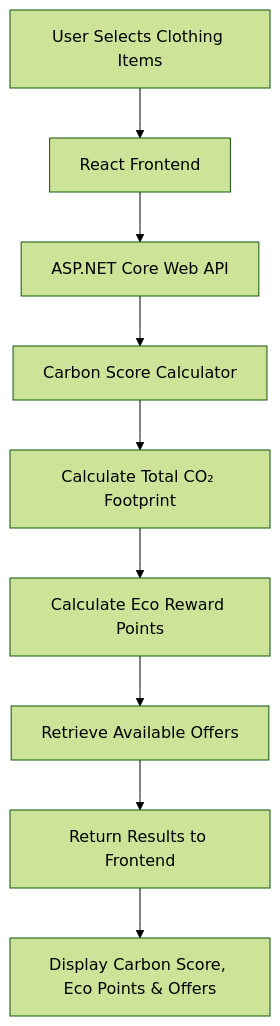
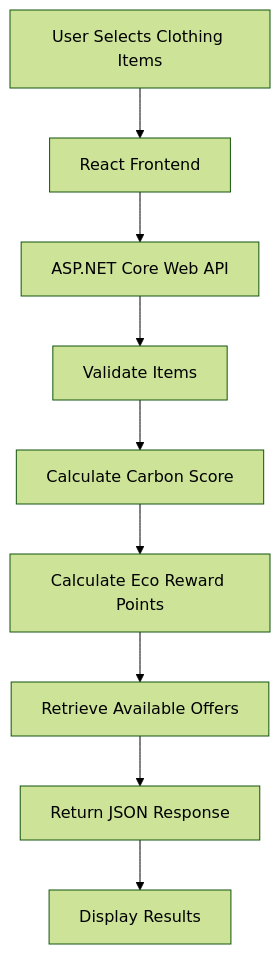
The diagram in README.md (vybhavk-cmyk/EcoScanAPI), drawn with Mermaid (forest theme) before and after one commit. The commit also changed other lines of this file, not shown here.

````diff
--- a/README.md
+++ b/README.md
@@ -36,18 +247,21 @@
 ```mermaid
 flowchart TD
-    A[User Selects Clothing Items] --> B[React Frontend]
+    A[User Selects Clothing Items]
+    B[React Frontend]
+    C[ASP.NET Core Web API]
+    D[Validate Items]
+    E[Calculate Carbon Score]
+    F[Calculate Eco Reward Points]
+    G[Retrieve Available Offers]
+    H[Return JSON Response]
+    I[Display Results]
 
-    B --> C[ASP.NET Core Web API]
-
-    C --> D[Carbon Score Calculator]
-
-    D --> E[Calculate Total CO₂ Footprint]
-
-    E --> F[Calculate Eco Reward Points]
-
-    F --> G[Retrieve Available Offers]
-
-    G --> H[Return Results to Frontend]
-
-    H --> I[Display Carbon Score, Eco Points & Offers]
+    A --> B
+    B --> C
+    C --> D
+    D --> E
+    E --> F
+    F --> G
+    G --> H
+    H --> I
 ```
````
